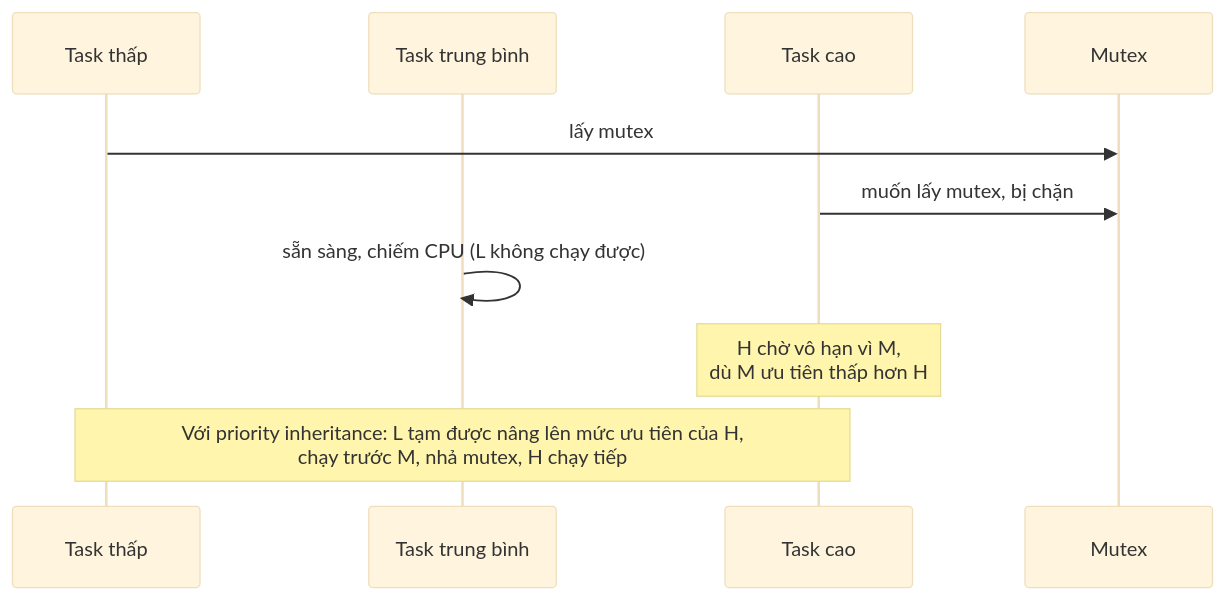
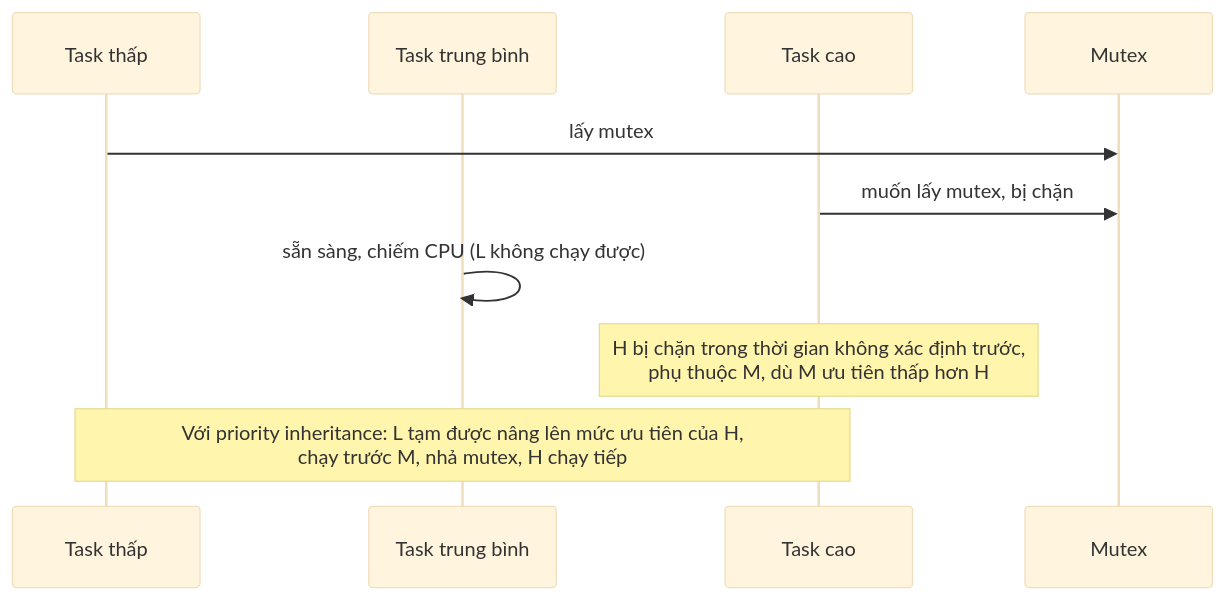
The second of 2 diagrams in content/ai-era/embedded-firmware-topics.md (Fatalshears/GlitchGallery), drawn with Mermaid (base theme) before and after one commit. The commit also changed other lines of this file and 2 other files, not shown here.

````diff
--- a/content/ai-era/embedded-firmware-topics.md
+++ b/content/ai-era/embedded-firmware-topics.md
@@ -119,12 +119,12 @@
 ```mermaid
 sequenceDiagram
   participant L as Task thấp
   participant M as Task trung bình
   participant H as Task cao
   participant R as Mutex
   L->>R: lấy mutex
   H->>R: muốn lấy mutex, bị chặn
   M->>M: sẵn sàng, chiếm CPU (L không chạy được)
-  Note over H: H chờ vô hạn vì M,<br/>dù M ưu tiên thấp hơn H
+  Note over H: H bị chặn trong thời gian không xác định trước,<br/>phụ thuộc M, dù M ưu tiên thấp hơn H
   Note over L,H: Với priority inheritance: L tạm được nâng lên mức ưu tiên của H,<br/>chạy trước M, nhả mutex, H chạy tiếp
 ```
````
